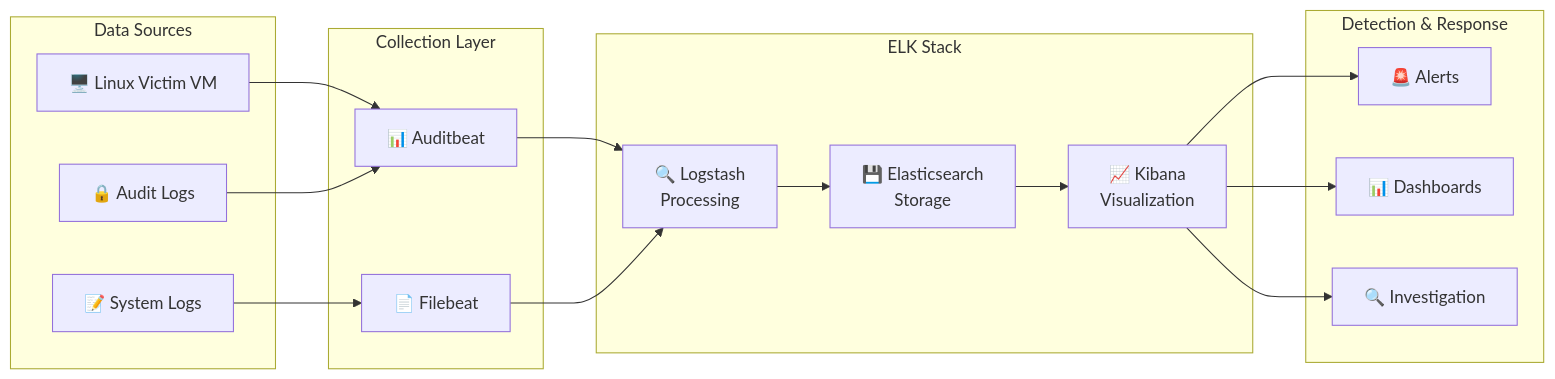
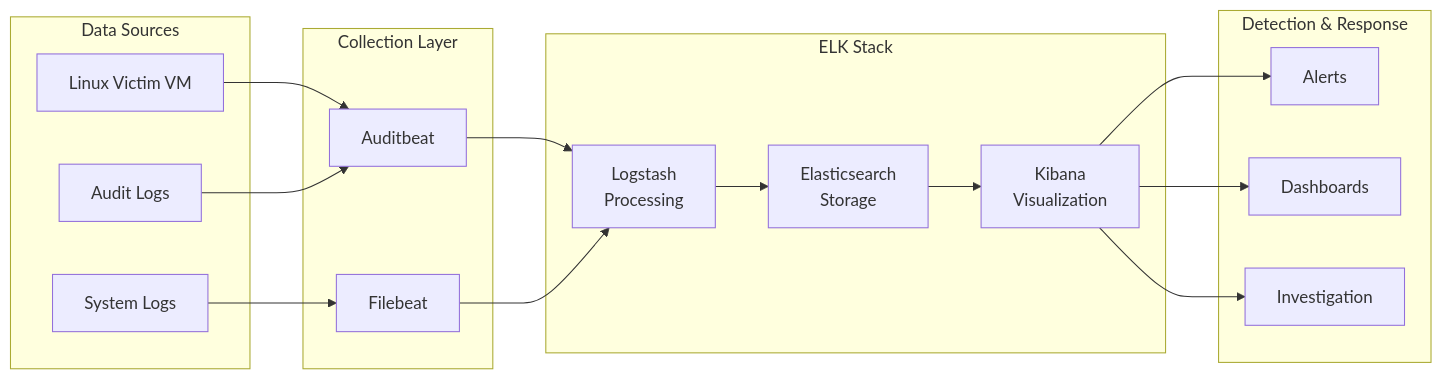
Before and after one commit to Ome9/Elastic-ReverseShell-Detection: the second of 4 diagrams in README.md, drawn with Mermaid. The commit also changed other lines of this file, not shown here.

````diff
--- a/README.md
+++ b/README.md
@@ -51,36 +51,36 @@
 ```mermaid
 flowchart LR
     subgraph "Data Sources"
-        A[🖥️ Linux Victim VM]
-        B[📝 System Logs]
-        C[🔒 Audit Logs]
+        A[ Linux Victim VM]
+        B[ System Logs]
+        C[ Audit Logs]
     end
     
     subgraph "Collection Layer"
-        D[📊 Auditbeat]
-        E[📄 Filebeat]
+        D[ Auditbeat]
+        E[ Filebeat]
     end
     
     subgraph "ELK Stack"
-        F[🔍 Logstash<br/>Processing]
-        G[💾 Elasticsearch<br/>Storage]
-        H[📈 Kibana<br/>Visualization]
+        F[ Logstash<br/>Processing]
+        G[ Elasticsearch<br/>Storage]
+        H[ Kibana<br/>Visualization]
     end
     
     subgraph "Detection & Response"
-        I[🚨 Alerts]
-        J[📊 Dashboards]
-        K[🔍 Investigation]
+        I[ Alerts]
+        J[ Dashboards]
+        K[ Investigation]
     end
     
     A --> D
     B --> E
     C --> D
     D --> F
     E --> F
     F --> G
     G --> H
     H --> I
     H --> J
     H --> K
 ```
````
